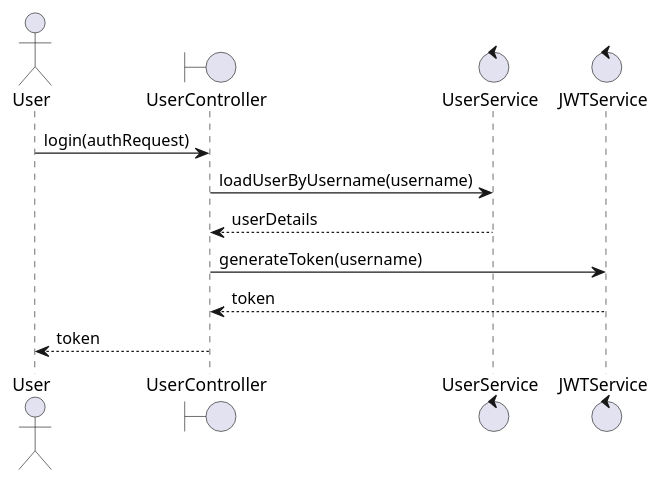
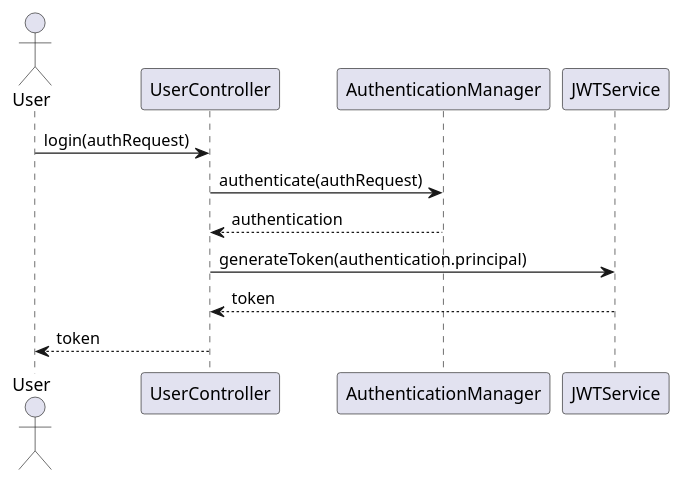
The second of 6 diagrams in identityprovider/documentation/detaileddesign.adoc (Dinesh-s95/AutoDoc.ai), drawn with PlantUML before and after one commit. The commit also changed other lines of this file and 11 other files, not shown here.

````diff
--- a/identityprovider/documentation/detaileddesign.adoc
+++ b/identityprovider/documentation/detaileddesign.adoc
@@ -340,16 +286,15 @@
-[plantuml, authentication-flow, png]
-----
+```plantuml
 @startuml
 actor User
-boundary UserController
-control UserService
-control JWTService
+participant UserController
+participant AuthenticationManager
+participant JWTService
 
 User -> UserController : login(authRequest)
-UserController -> UserService : loadUserByUsername(username)
-UserService --> UserController : userDetails
-UserController -> JWTService : generateToken(username)
+UserController -> AuthenticationManager : authenticate(authRequest)
+AuthenticationManager --> UserController : authentication
+UserController -> JWTService : generateToken(authentication.principal)
 JWTService --> UserController : token
 UserController --> User : token
 @enduml
-----
+```
````
